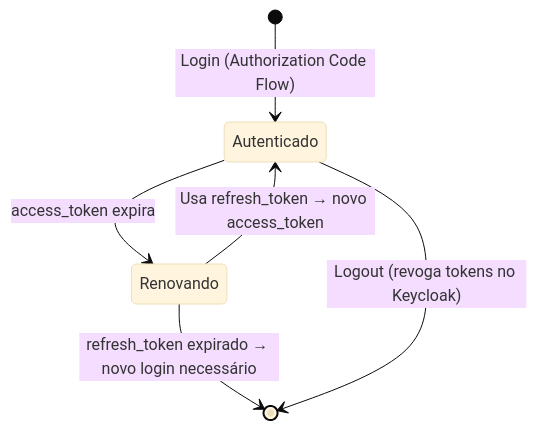
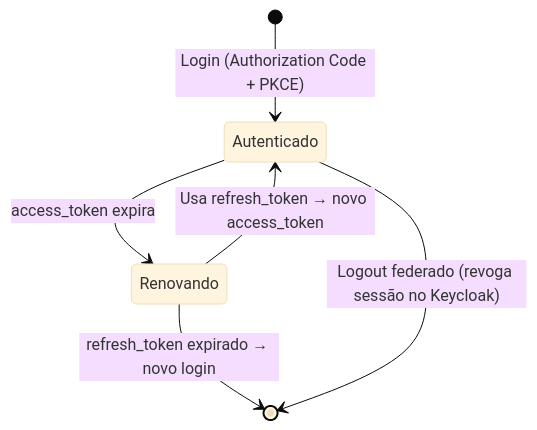
One commit to RhuanCSG/oauth-keycloak-lab changed the sixth of 6 diagrams in README.md. Above: the diagram before and after it, drawn with Mermaid (base theme). The commit also changed other lines of this file and 24 other files, not shown here.

````diff
--- a/README.md
+++ b/README.md
@@ -284,8 +215,8 @@
 ```mermaid
 stateDiagram-v2
-    [*] --> Autenticado: Login (Authorization Code Flow)
+    [*] --> Autenticado: Login (Authorization Code + PKCE)
     Autenticado --> Renovando: access_token expira
     Renovando --> Autenticado: Usa refresh_token → novo access_token
-    Renovando --> [*]: refresh_token expirado → novo login necessário
-    Autenticado --> [*]: Logout (revoga tokens no Keycloak)
+    Renovando --> [*]: refresh_token expirado → novo login
+    Autenticado --> [*]: Logout federado (revoga sessão no Keycloak)
 ```
````
